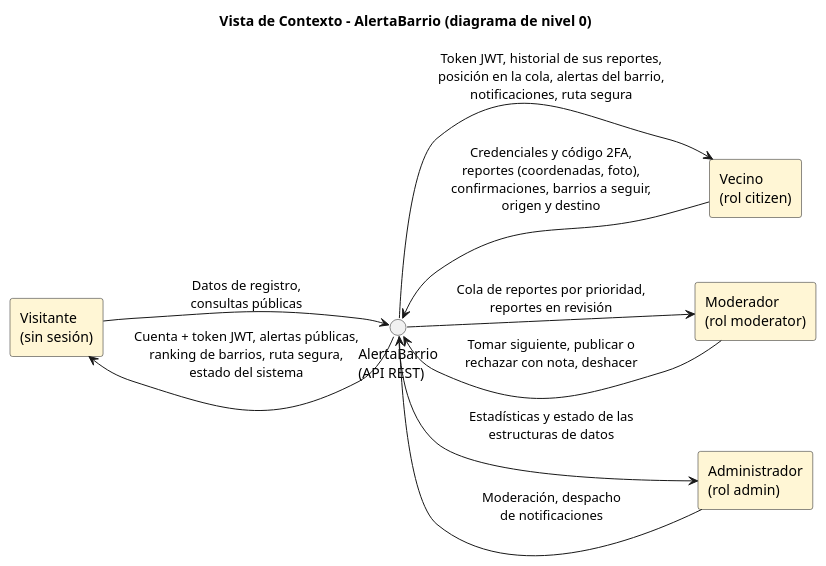
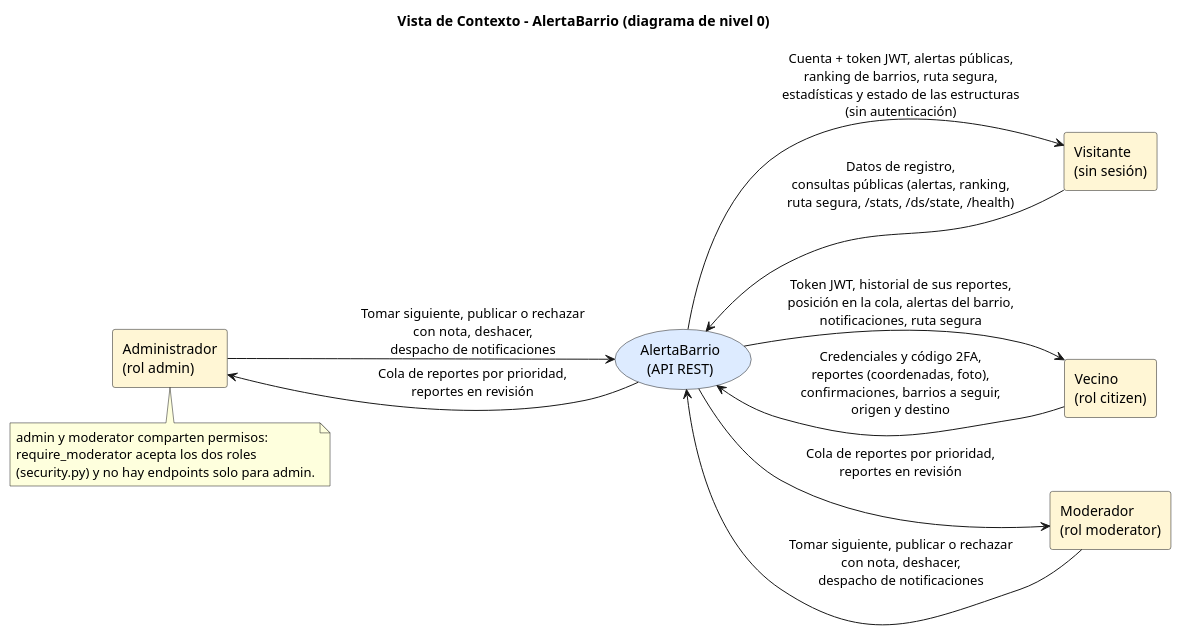
The diagram in docs/diagramas/1_vista_contexto.puml (neber18/AlertaBarrio-Diseno-de-Software), drawn with PlantUML before and after one commit. The commit also changed 2 other files, not shown here.

Commit message:
docs: vista de contexto con consultas públicas y permisos de admin

```diff
--- a/docs/diagramas/1_vista_contexto.puml
+++ b/docs/diagramas/1_vista_contexto.puml
@@ -1,24 +1,30 @@
 @startuml Vista_Contexto_AlertaBarrio
 title Vista de Contexto - AlertaBarrio (diagrama de nivel 0)
 skinparam rectangleBackgroundColor #FFF6D5
-skinparam circleBackgroundColor #DDEBFF
+skinparam usecaseBackgroundColor #DDEBFF
 left to right direction
 
 rectangle "Visitante\n(sin sesión)" as VI
 rectangle "Vecino\n(rol citizen)" as V
-circle "AlertaBarrio\n(API REST)" as S
+usecase "AlertaBarrio\n(API REST)" as S
 rectangle "Moderador\n(rol moderator)" as M
 rectangle "Administrador\n(rol admin)" as AD
 
-VI --> S : Datos de registro,\nconsultas públicas
-S --> VI : Cuenta + token JWT, alertas públicas,\nranking de barrios, ruta segura,\nestado del sistema
+VI --> S : Datos de registro,\nconsultas públicas (alertas, ranking,\nruta segura, /stats, /ds/state, /health)
+S --> VI : Cuenta + token JWT, alertas públicas,\nranking de barrios, ruta segura,\nestadísticas y estado de las estructuras\n(sin autenticación)
 
 V --> S : Credenciales y código 2FA,\nreportes (coordenadas, foto),\nconfirmaciones, barrios a seguir,\norigen y destino
 S --> V : Token JWT, historial de sus reportes,\nposición en la cola, alertas del barrio,\nnotificaciones, ruta segura
 
 S --> M : Cola de reportes por prioridad,\nreportes en revisión
-M --> S : Tomar siguiente, publicar o\nrechazar con nota, deshacer
+M --> S : Tomar siguiente, publicar o rechazar\ncon nota, deshacer,\ndespacho de notificaciones
 
-S --> AD : Estadísticas y estado de las\nestructuras de datos
-AD --> S : Moderación, despacho\nde notificaciones
+S --> AD : Cola de reportes por prioridad,\nreportes en revisión
+AD --> S : Tomar siguiente, publicar o rechazar\ncon nota, deshacer,\ndespacho de notificaciones
+
+note bottom of AD
+  admin y moderator comparten permisos:
+  require_moderator acepta los dos roles
+  (security.py) y no hay endpoints solo para admin.
+end note
 @enduml
```
